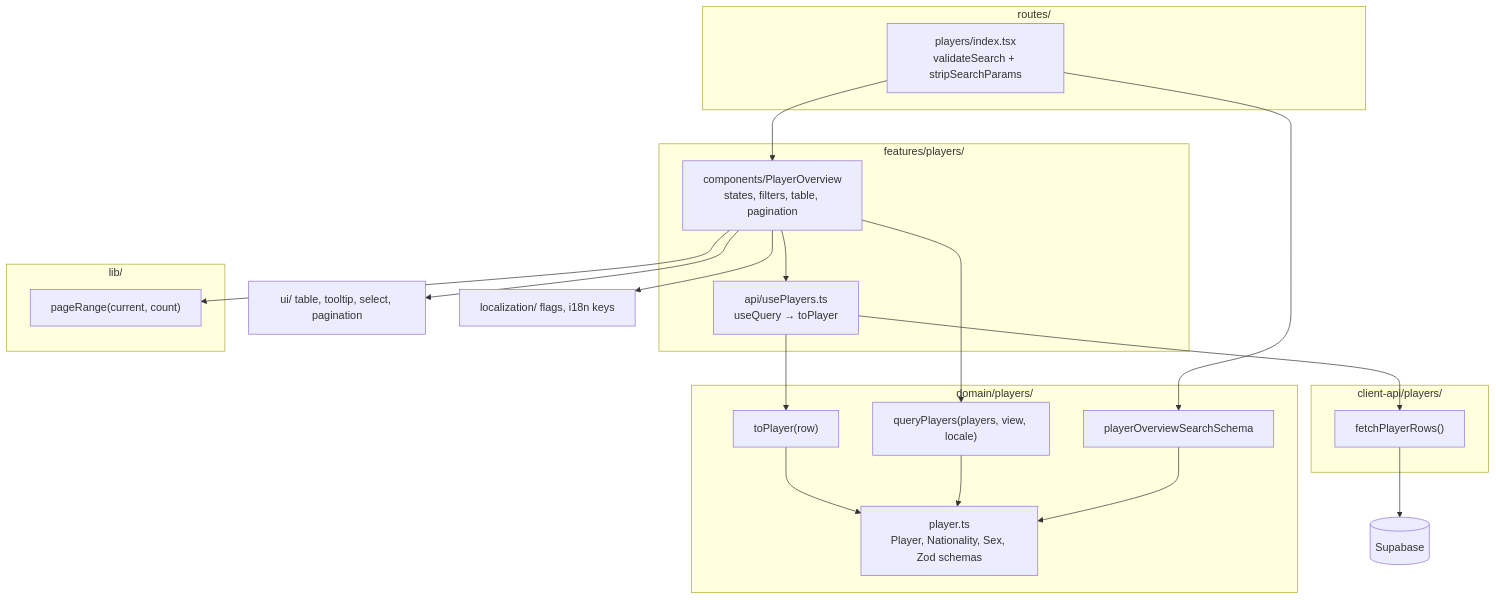
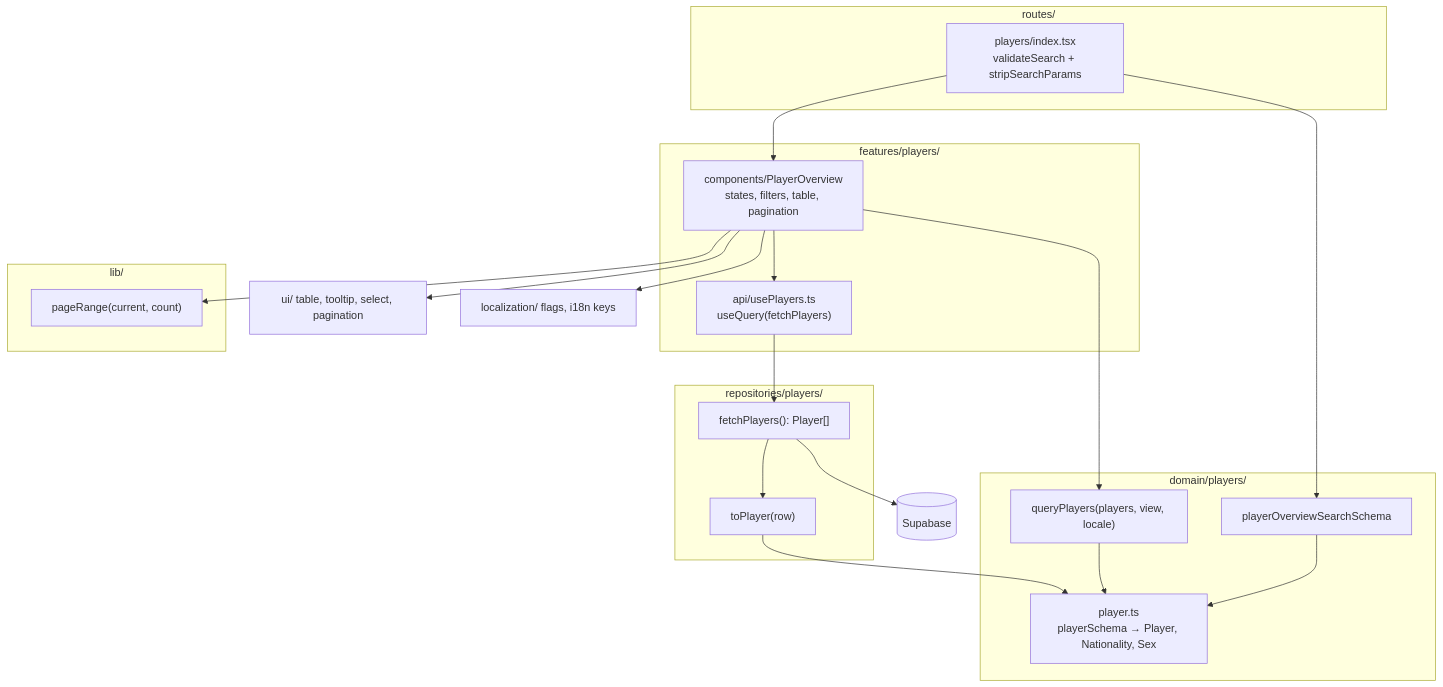
Before and after one commit to jirikrucek/ricochet-app: the second of 3 diagrams in openspec/changes/create-overview-of-ricochet-players/design.md, drawn with Mermaid. The commit also changed other lines of this file and 24 other files, not shown here.

First line of the commit message:
refactor: rename client-api to repositories and map rows there

````diff
--- a/openspec/changes/create-overview-of-ricochet-players/design.md
+++ b/openspec/changes/create-overview-of-ricochet-players/design.md
@@ -64,44 +64,44 @@
 ```mermaid
 flowchart TB
   subgraph routes["routes/"]
     route["players/index.tsx<br/>validateSearch + stripSearchParams"]
   end
 
   subgraph feature["features/players/"]
     overview["components/PlayerOverview<br/>states, filters, table, pagination"]
-    hook["api/usePlayers.ts<br/>useQuery → toPlayer"]
+    hook["api/usePlayers.ts<br/>useQuery(fetchPlayers)"]
   end
 
   subgraph domain["domain/players/"]
-    model["player.ts<br/>Player, Nationality, Sex, Zod schemas"]
-    mapper["toPlayer(row)"]
+    model["player.ts<br/>playerSchema → Player, Nationality, Sex"]
     query["queryPlayers(players, view, locale)"]
     sschema["playerOverviewSearchSchema"]
   end
 
   subgraph lib["lib/"]
     range["pageRange(current, count)"]
   end
 
-  subgraph clientapi["client-api/players/"]
-    repo["fetchPlayerRows()"]
+  subgraph repositories["repositories/players/"]
+    repo["fetchPlayers(): Player[]"]
+    mapper["toPlayer(row)"]
   end
 
   ui["ui/ table, tooltip, select, pagination"]
   loc["localization/ flags, i18n keys"]
   supabase[("Supabase")]
 
   route --> sschema
   route --> overview
   overview --> hook
   overview --> query
   overview --> range
   overview --> ui
   overview --> loc
   hook --> repo
-  hook --> mapper
+  repo --> mapper
   repo --> supabase
   mapper --> model
   query --> model
   sschema --> model
 ```
````
